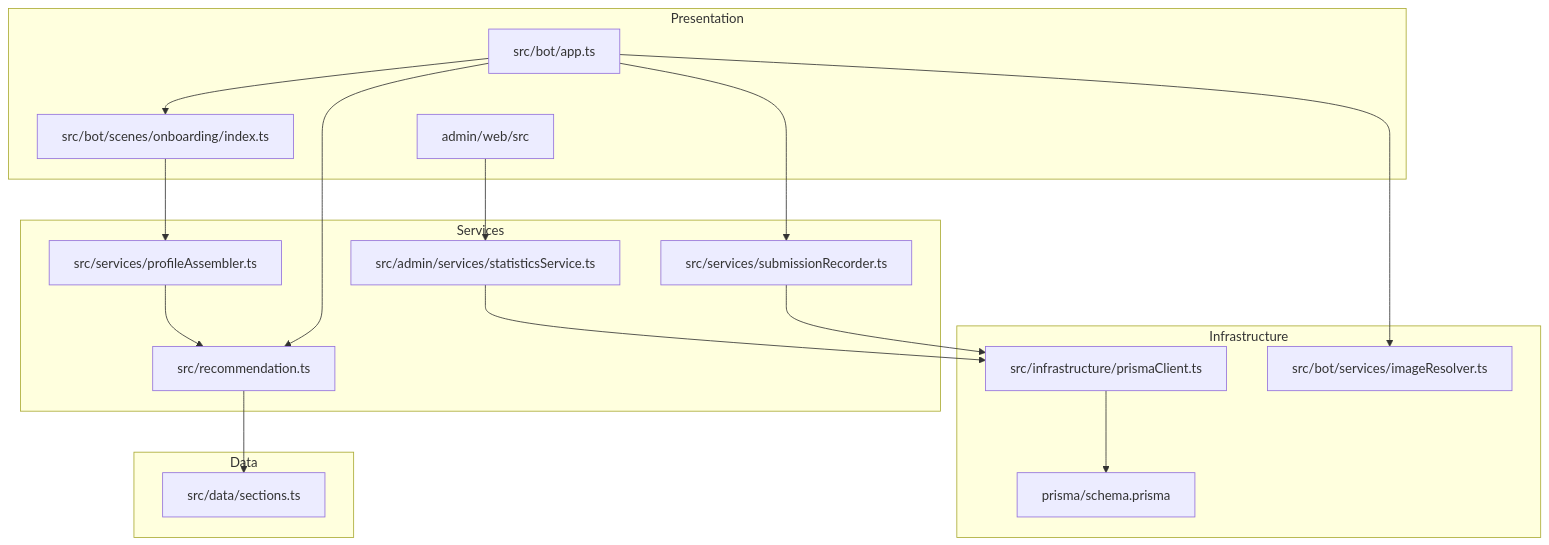
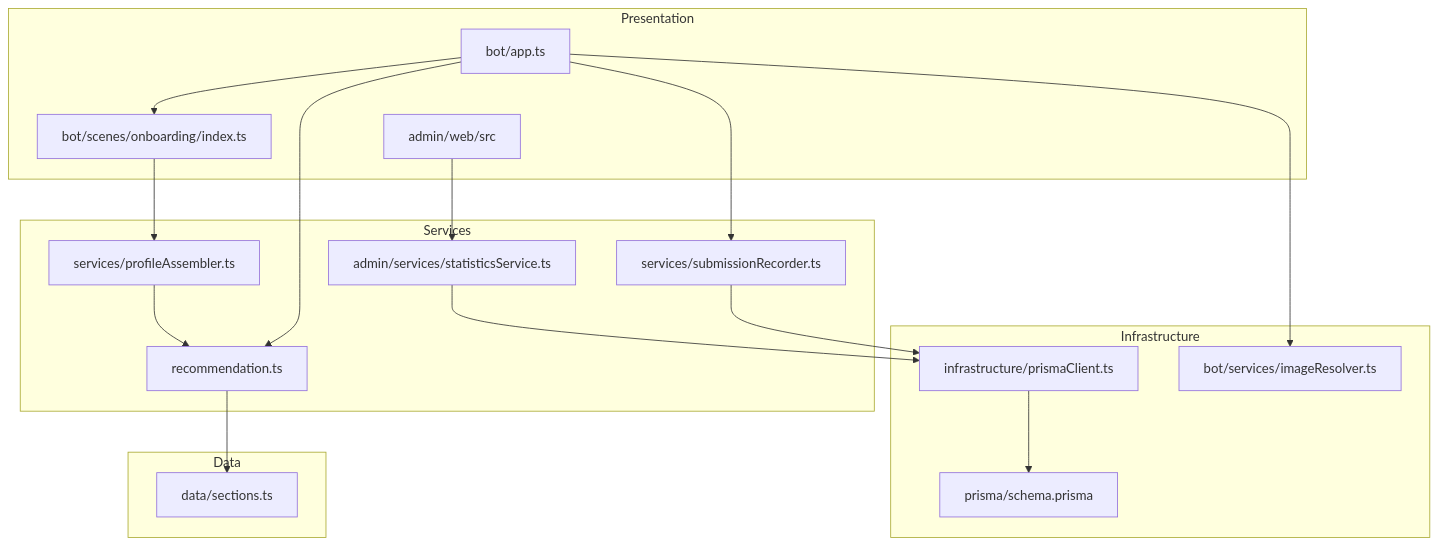
One commit to kotru21/bsuir changed the fourth of 7 diagrams in README.md. Above: the diagram before and after it, drawn with Mermaid. The commit also changed other lines of this file, not shown here.

Commit message:
Update Mermaid diagrams for clarity and consistency
Revised Mermaid flowcharts in README.md to use consistent label formatting and improved file references. This enhances diagram readability and aligns naming conventions across components.

````diff
--- a/README.md
+++ b/README.md
@@ -164,34 +164,34 @@
 ```mermaid
 flowchart TD
    subgraph Presentation
-      A[src/bot/app.ts]
-      B[src/bot/scenes/onboarding/index.ts]
-      C[admin/web/src]
+      A["bot/app.ts"]
+      B["bot/scenes/onboarding/index.ts"]
+      C["admin/web/src"]
    end
    subgraph Services
-      D[src/recommendation.ts]
-      E[src/services/profileAssembler.ts]
-      F[src/services/submissionRecorder.ts]
-      G[src/admin/services/statisticsService.ts]
+      D["recommendation.ts"]
+      E["services/profileAssembler.ts"]
+      F["services/submissionRecorder.ts"]
+      G["admin/services/statisticsService.ts"]
    end
    subgraph Infrastructure
-      H[src/infrastructure/prismaClient.ts]
-      I[prisma/schema.prisma]
-      J[src/bot/services/imageResolver.ts]
+      H["infrastructure/prismaClient.ts"]
+      I["prisma/schema.prisma"]
+      J["bot/services/imageResolver.ts"]
    end
    subgraph Data
-      K[src/data/sections.ts]
+      K["data/sections.ts"]
    end
 
    A --> B
    A --> D
    B --> E
    E --> D
    F --> H
    G --> H
    H --> I
    D --> K
    C --> G
    A --> F
    A --> J
 ```
````
